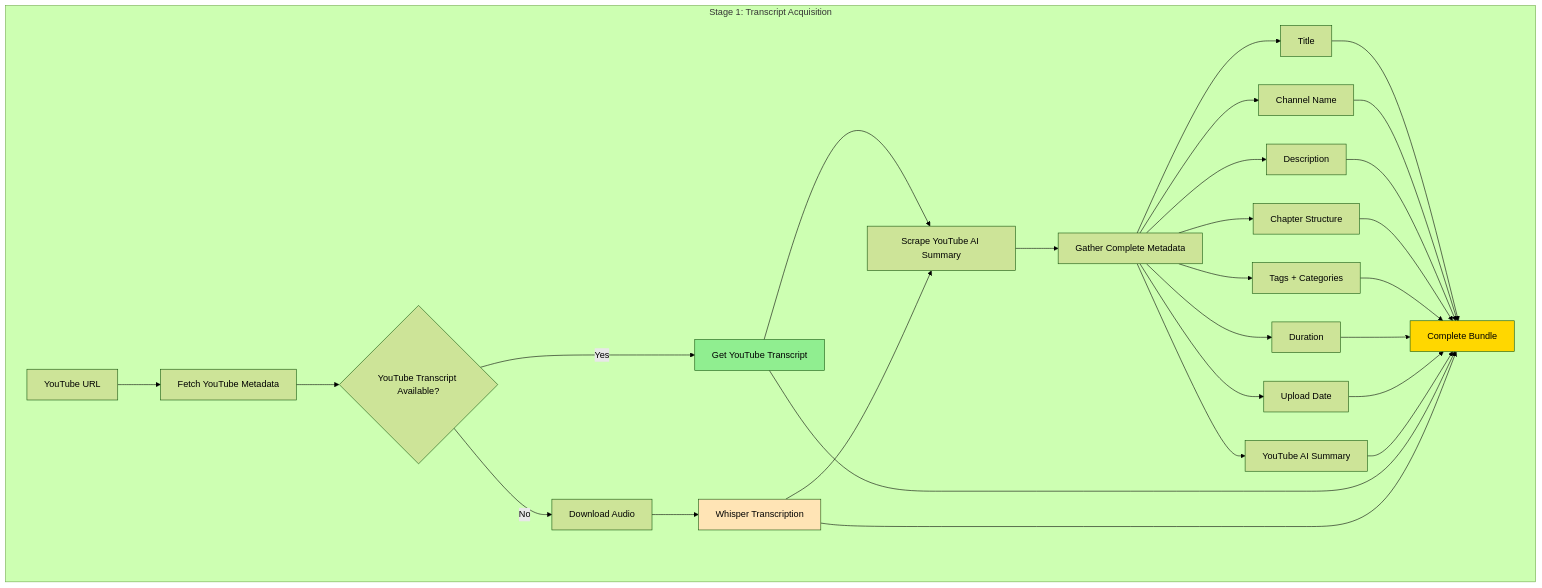
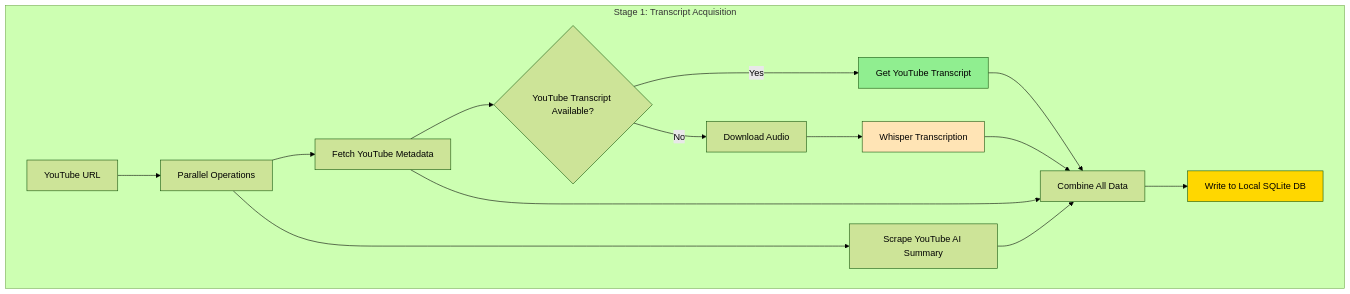
The second of 16 diagrams in WHOLE_DOCUMENT_MINING_DETAILED_PLAN.md (msg43/Knowledge_Chipper), drawn with Mermaid (forest theme) before and after one commit. The commit also changed other lines of this file and 30 other files, not shown here.

````diff
--- a/WHOLE_DOCUMENT_MINING_DETAILED_PLAN.md
+++ b/WHOLE_DOCUMENT_MINING_DETAILED_PLAN.md
@@ -66,42 +66,27 @@
 ```mermaid
 flowchart TD
     subgraph Acquisition [Stage 1: Transcript Acquisition]
-        URL[YouTube URL] --> FetchMeta[Fetch YouTube Metadata]
+        URL[YouTube URL] --> Parallel[Parallel Operations]
+        
+        Parallel --> FetchMeta[Fetch YouTube Metadata]
+        Parallel --> ScrapeAI[Scrape YouTube AI Summary]
         
         FetchMeta --> TryYTTranscript{YouTube Transcript Available?}
         
         TryYTTranscript -->|Yes| YTTranscript[Get YouTube Transcript]
         TryYTTranscript -->|No| DownloadAudio[Download Audio]
         
         DownloadAudio --> WhisperTranscribe[Whisper Transcription]
         
-        YTTranscript --> ScrapeAI[Scrape YouTube AI Summary]
-        WhisperTranscribe --> ScrapeAI
+        YTTranscript --> Combine[Combine All Data]
+        WhisperTranscribe --> Combine
+        FetchMeta --> Combine
+        ScrapeAI --> Combine
         
-        ScrapeAI --> GatherMeta[Gather Complete Metadata]
-        
-        GatherMeta --> Title[Title]
-        GatherMeta --> Channel[Channel Name]
-        GatherMeta --> Desc[Description]
-        GatherMeta --> Chapters[Chapter Structure]
-        GatherMeta --> Tags[Tags + Categories]
-        GatherMeta --> Duration[Duration]
-        GatherMeta --> UploadDate[Upload Date]
-        GatherMeta --> YTAI[YouTube AI Summary]
-        
-        Title --> Bundle[Complete Bundle]
-        Channel --> Bundle
-        Desc --> Bundle
-        Chapters --> Bundle
-        Tags --> Bundle
-        Duration --> Bundle
-        UploadDate --> Bundle
-        YTAI --> Bundle
-        YTTranscript --> Bundle
-        WhisperTranscribe --> Bundle
+        Combine --> WriteToDB[Write to Local SQLite DB]
     end
     
     style YTTranscript fill:#90EE90
     style WhisperTranscribe fill:#FFE4B5
-    style Bundle fill:#FFD700
+    style WriteToDB fill:#FFD700
 ```
````
